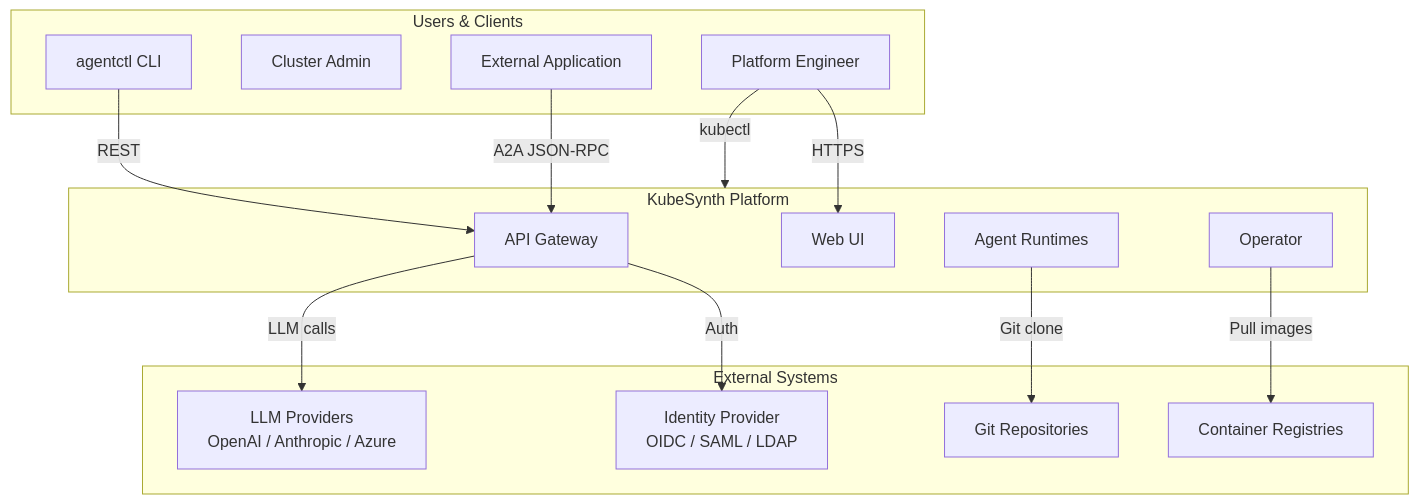
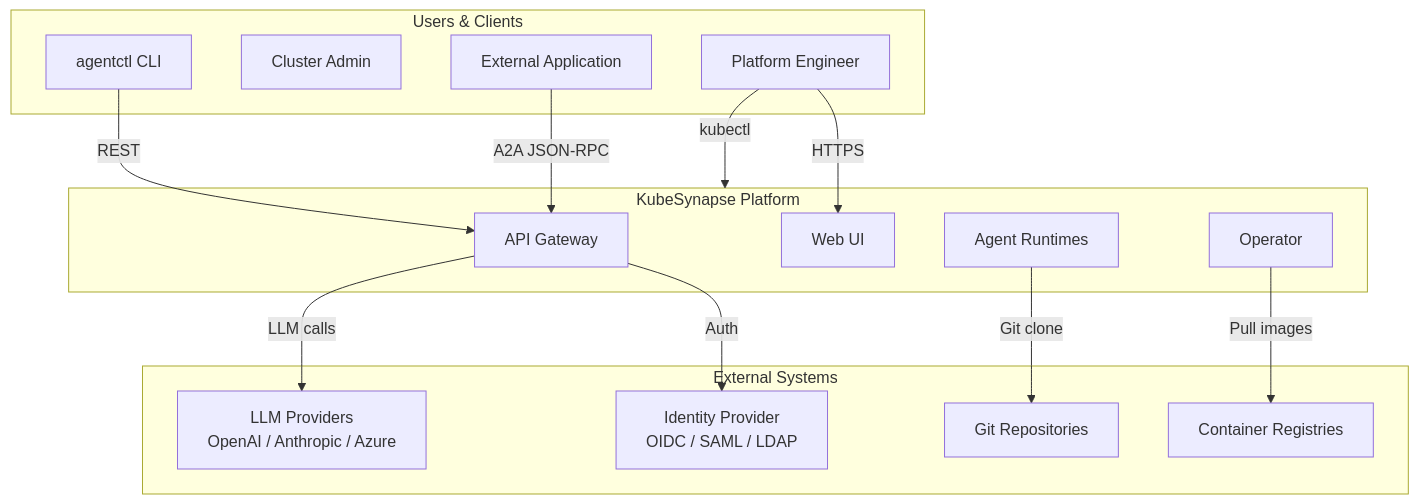
One commit to ykbytes/kubesynapse.ai changed the first of 5 diagrams in docs/architecture.md. Above: the diagram before and after it, drawn with Mermaid. The commit also changed other lines of this file and 429 other files, not shown here.

````diff
--- a/docs/architecture.md
+++ b/docs/architecture.md
@@ -25,32 +25,32 @@
 ```mermaid
 flowchart TB
     subgraph External["External Systems"]
         LLM[LLM Providers<br/>OpenAI / Anthropic / Azure]
         IdP[Identity Provider<br/>OIDC / SAML / LDAP]
         Git[Git Repositories]
         Registry[Container Registries]
     end
 
     subgraph Users["Users & Clients"]
         Dev[Platform Engineer]
         Admin[Cluster Admin]
         App[External Application]
         CLI[agentctl CLI]
     end
 
-    subgraph KubeSynth["KubeSynth Platform"]
+    subgraph KubeSynapse["KubeSynapse Platform"]
         GW[API Gateway]
         UI[Web UI]
         OP[Operator]
         RT[Agent Runtimes]
     end
 
     Dev -->|HTTPS| UI
-    Dev -->|kubectl| KubeSynth
+    Dev -->|kubectl| KubeSynapse
     CLI -->|REST| GW
     App -->|A2A JSON-RPC| GW
     GW -->|LLM calls| LLM
     GW -->|Auth| IdP
     RT -->|Git clone| Git
     OP -->|Pull images| Registry
 ```
````
